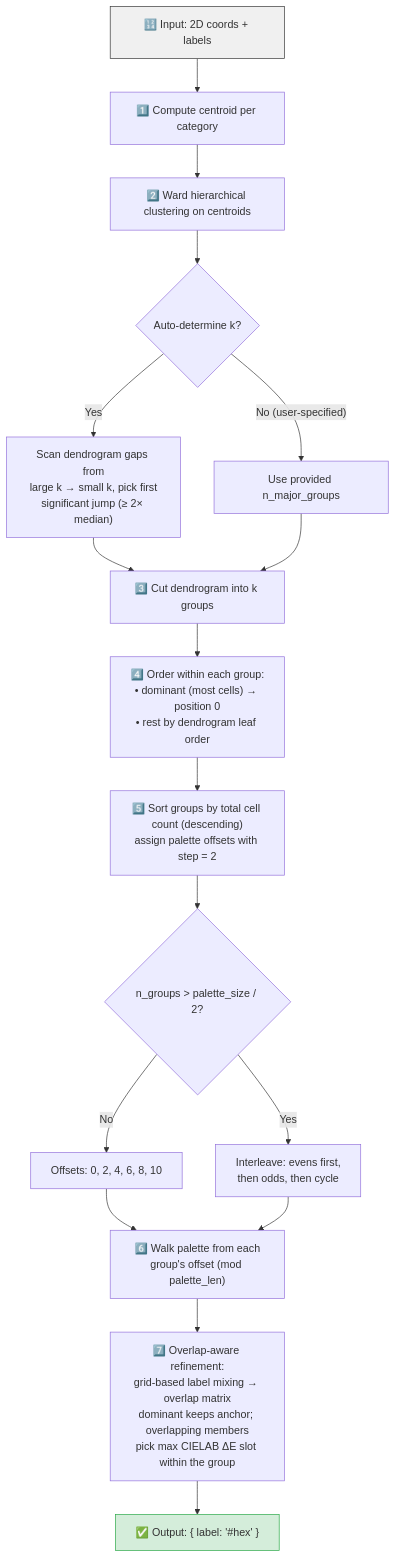
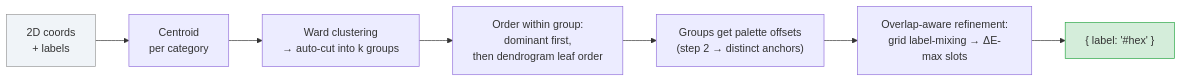
The diagram in README.md (chansigit/stanhue), drawn with Mermaid before and after one commit. The commit also changed other lines of this file and 15 other files, not shown here.

````diff
--- a/README.md
+++ b/README.md
@@ -155,22 +139,11 @@
 ```mermaid
-flowchart TD
-    A["🔢 Input: 2D coords + labels"] --> B["1️⃣ Compute centroid per category"]
-    B --> C["2️⃣ Ward hierarchical clustering on centroids"]
-    C --> D{"Auto-determine k?"}
-    D -- "Yes" --> E["Scan dendrogram gaps from<br/>large k → small k, pick first<br/>significant jump (≥ 2× median)"]
-    D -- "No (user-specified)" --> F["Use provided n_major_groups"]
-    E --> G["3️⃣ Cut dendrogram into k groups"]
-    F --> G
-    G --> H["4️⃣ Order within each group:<br/>• dominant (most cells) → position 0<br/>• rest by dendrogram leaf order"]
-    H --> I["5️⃣ Sort groups by total cell count (descending)<br/>assign palette offsets with step = 2"]
-    I --> J{"n_groups > palette_size / 2?"}
-    J -- "No" --> K["Offsets: 0, 2, 4, 6, 8, 10"]
-    J -- "Yes" --> L["Interleave: evens first,<br/>then odds, then cycle"]
-    K --> M["6️⃣ Walk palette from each<br/>group's offset (mod palette_len)"]
-    L --> M
-    M --> O["7️⃣ Overlap-aware refinement:<br/>grid-based label mixing → overlap matrix<br/>dominant keeps anchor; overlapping members<br/>pick max CIELAB ΔE slot within the group"]
-    O --> N["✅ Output: { label: '#hex' }"]
-
-    style A fill:#f0f0f0,stroke:#333
-    style N fill:#d4edda,stroke:#28a745
+flowchart LR
+    A["2D coords<br/>+ labels"] --> B["Centroid<br/>per category"]
+    B --> C["Ward clustering<br/>→ auto-cut into k groups"]
+    C --> D["Order within group:<br/>dominant first,<br/>then dendrogram leaf order"]
+    D --> E["Groups get palette offsets<br/>(step 2 → distinct anchors)"]
+    E --> F["Overlap-aware refinement:<br/>grid label-mixing → ΔE-max slots"]
+    F --> G["{ label: '#hex' }"]
+    style A fill:#f0f4f8,stroke:#999
+    style G fill:#d4edda,stroke:#28a745
 ```
````
